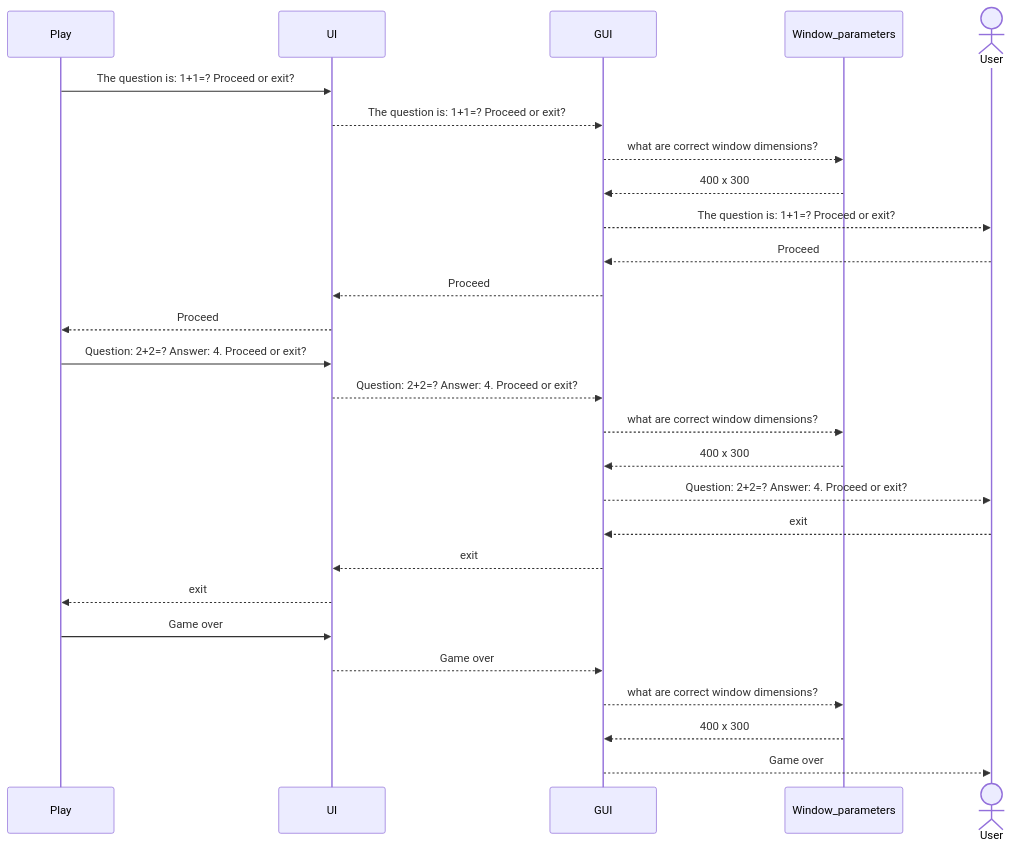
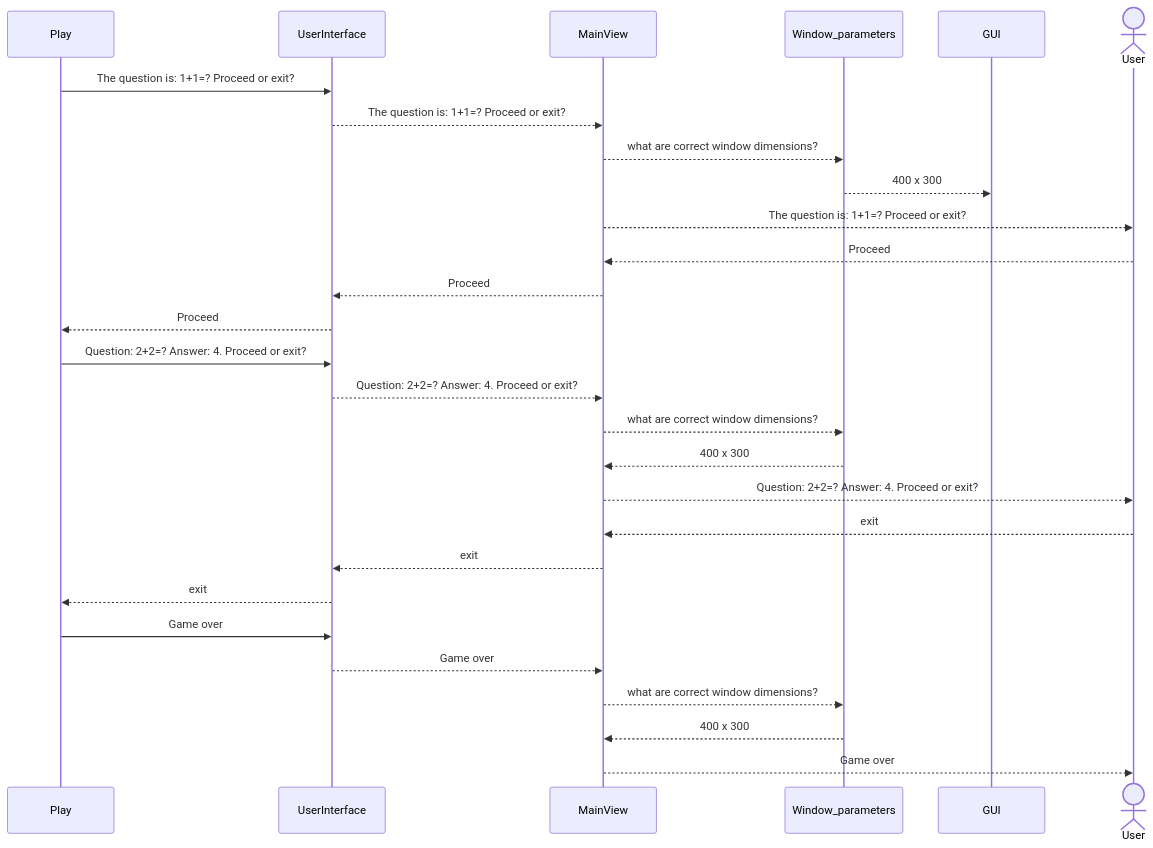
The third of 3 diagrams in dokumentaatio/arkkitehtuuri.MD (platipus82/ot-harjoitustyo), drawn with Mermaid before and after one commit. The commit also changed other lines of this file, not shown here.

````diff
--- a/dokumentaatio/arkkitehtuuri.MD
+++ b/dokumentaatio/arkkitehtuuri.MD
@@ -181,26 +227,26 @@
 ```mermaid
 sequenceDiagram
 
-    Play->>UI: The question is: 1+1=? Proceed or exit?
-    UI-->>GUI: The question is: 1+1=? Proceed or exit?
-    GUI-->>Window_parameters: what are correct window dimensions?
+    Play->>UserInterface: The question is: 1+1=? Proceed or exit?
+    UserInterface-->>MainView: The question is: 1+1=? Proceed or exit?
+    MainView-->>Window_parameters: what are correct window dimensions?
     Window_parameters-->> GUI: 400 x 300
     actor User
-    GUI-->>User: The question is: 1+1=? Proceed or exit?
-    User-->>GUI: Proceed
-    GUI-->>UI: Proceed
-    UI-->>Play: Proceed
-    Play->>UI: Question: 2+2=? Answer: 4.  Proceed or exit?
-    UI-->>GUI: Question: 2+2=? Answer: 4.  Proceed or exit?
-    GUI-->>Window_parameters: what are correct window dimensions?
-    Window_parameters-->> GUI: 400 x 300
-    GUI-->>User: Question: 2+2=? Answer: 4.  Proceed or exit?
-    User-->>GUI: exit
-    GUI-->>UI: exit
-    UI-->>Play: exit
-    Play->>UI: Game over
-    UI-->>GUI: Game over
-    GUI-->>Window_parameters: what are correct window dimensions?
-    Window_parameters-->> GUI: 400 x 300
-    GUI-->>User: Game over
+    MainView-->>User: The question is: 1+1=? Proceed or exit?
+    User-->>MainView: Proceed
+    MainView-->>UserInterface: Proceed
+    UserInterface-->>Play: Proceed
+    Play->>UserInterface: Question: 2+2=? Answer: 4.  Proceed or exit?
+    UserInterface-->>MainView: Question: 2+2=? Answer: 4.  Proceed or exit?
+    MainView-->>Window_parameters: what are correct window dimensions?
+    Window_parameters-->> MainView: 400 x 300
+    MainView-->>User: Question: 2+2=? Answer: 4.  Proceed or exit?
+    User-->>MainView: exit
+    MainView-->>UserInterface: exit
+    UserInterface-->>Play: exit
+    Play->>UserInterface: Game over
+    UserInterface-->>MainView: Game over
+    MainView-->>Window_parameters: what are correct window dimensions?
+    Window_parameters-->> MainView: 400 x 300
+    MainView-->>User: Game over
 ```    
````
